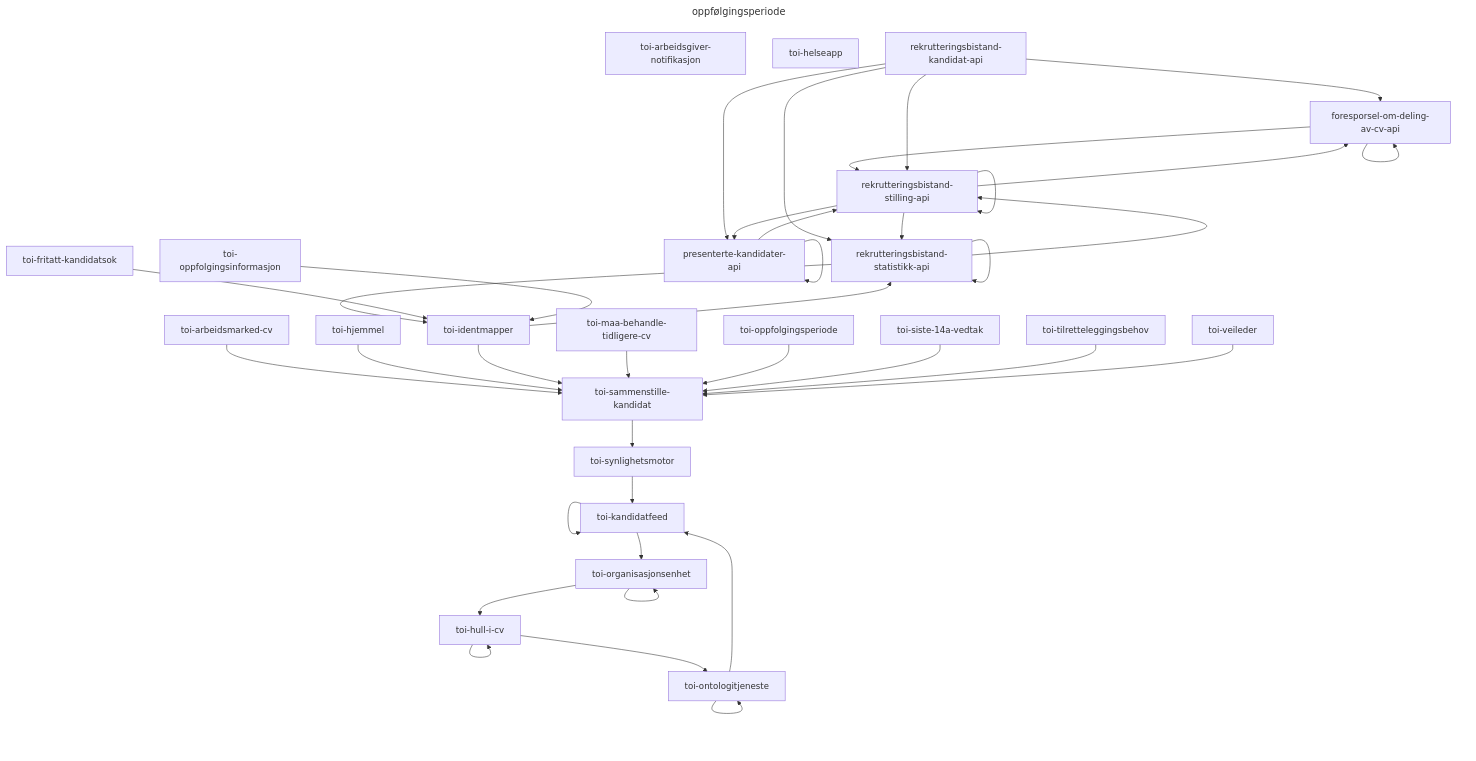
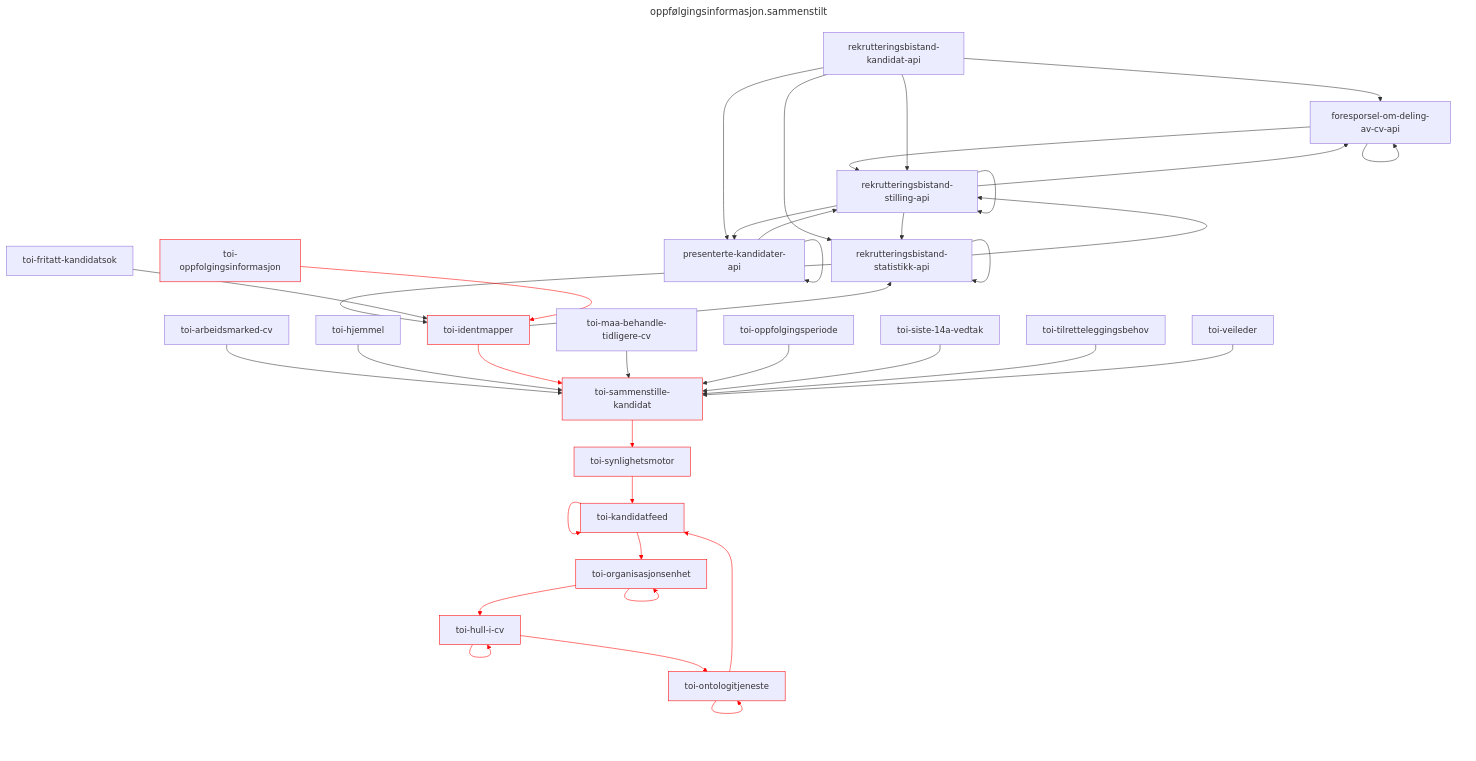
One commit to navikt/toi-rapids-and-rivers-grapher changed the seventh of 34 diagrams in README.md. Above: the diagram before and after it, drawn with Mermaid. The commit also changed other lines of this file, not shown here.

````diff
--- a/README.md
+++ b/README.md
@@ -307,46 +268,45 @@
 ```mermaid
 ---
-title: oppfølgingsperiode
+title: oppfølgingsinformasjon.sammenstilt
 ---
 graph TD;
-toi-arbeidsgiver-notifikasjon;
-toi-helseapp;
 foresporsel-om-deling-av-cv-api --> foresporsel-om-deling-av-cv-api;
 foresporsel-om-deling-av-cv-api --> rekrutteringsbistand-stilling-api;
 presenterte-kandidater-api --> presenterte-kandidater-api;
 presenterte-kandidater-api --> rekrutteringsbistand-stilling-api;
 rekrutteringsbistand-kandidat-api --> foresporsel-om-deling-av-cv-api;
 rekrutteringsbistand-kandidat-api --> presenterte-kandidater-api;
 rekrutteringsbistand-kandidat-api --> rekrutteringsbistand-statistikk-api;
 rekrutteringsbistand-kandidat-api --> rekrutteringsbistand-stilling-api;
 rekrutteringsbistand-statistikk-api --> rekrutteringsbistand-statistikk-api;
 rekrutteringsbistand-statistikk-api --> rekrutteringsbistand-stilling-api;
 rekrutteringsbistand-statistikk-api --> toi-identmapper;
 rekrutteringsbistand-stilling-api --> foresporsel-om-deling-av-cv-api;
 rekrutteringsbistand-stilling-api --> presenterte-kandidater-api;
 rekrutteringsbistand-stilling-api --> rekrutteringsbistand-statistikk-api;
 rekrutteringsbistand-stilling-api --> rekrutteringsbistand-stilling-api;
 toi-arbeidsmarked-cv --> toi-sammenstille-kandidat;
 toi-fritatt-kandidatsok --> toi-identmapper;
 toi-hjemmel --> toi-sammenstille-kandidat;
-toi-hull-i-cv --> toi-hull-i-cv;
-toi-hull-i-cv --> toi-ontologitjeneste;
+toi-hull-i-cv:::x --> toi-hull-i-cv:::x;
+toi-hull-i-cv:::x --> toi-ontologitjeneste:::x;
 toi-identmapper --> rekrutteringsbistand-statistikk-api;
-toi-identmapper --> toi-sammenstille-kandidat;
-toi-kandidatfeed --> toi-kandidatfeed;
-toi-kandidatfeed --> toi-organisasjonsenhet;
+toi-identmapper:::x --> toi-sammenstille-kandidat:::x;
+toi-kandidatfeed:::x --> toi-kandidatfeed:::x;
+toi-kandidatfeed:::x --> toi-organisasjonsenhet:::x;
 toi-maa-behandle-tidligere-cv --> toi-sammenstille-kandidat;
-toi-ontologitjeneste --> toi-kandidatfeed;
-toi-ontologitjeneste --> toi-ontologitjeneste;
-toi-oppfolgingsinformasjon --> toi-identmapper;
+toi-ontologitjeneste:::x --> toi-kandidatfeed:::x;
+toi-ontologitjeneste:::x --> toi-ontologitjeneste:::x;
+toi-oppfolgingsinformasjon:::x --> toi-identmapper:::x;
 toi-oppfolgingsperiode --> toi-sammenstille-kandidat;
-toi-organisasjonsenhet --> toi-hull-i-cv;
-toi-organisasjonsenhet --> toi-organisasjonsenhet;
-toi-sammenstille-kandidat --> toi-synlighetsmotor;
+toi-organisasjonsenhet:::x --> toi-hull-i-cv:::x;
+toi-organisasjonsenhet:::x --> toi-organisasjonsenhet:::x;
+toi-sammenstille-kandidat:::x --> toi-synlighetsmotor:::x;
 toi-siste-14a-vedtak --> toi-sammenstille-kandidat;
-toi-synlighetsmotor --> toi-kandidatfeed;
+toi-synlighetsmotor:::x --> toi-kandidatfeed:::x;
 toi-tilretteleggingsbehov --> toi-sammenstille-kandidat;
 toi-veileder --> toi-sammenstille-kandidat;
 
-
+linkStyle 18,19,21,22,23,25,26,27,29,30,31,33 stroke:red;
+classDef x stroke: red;
 ```
````
